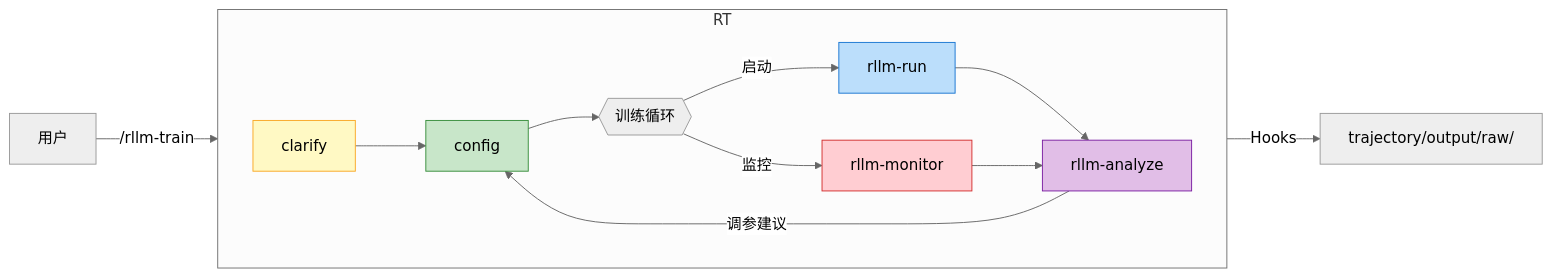
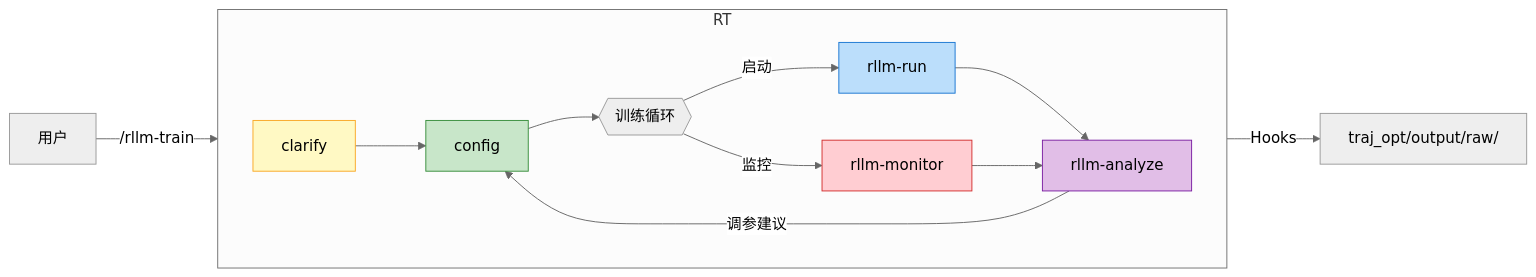
Before and after one commit to zhangqin200182/agent-evolution: the second of 3 diagrams in README.md, drawn with Mermaid (neutral theme). The commit also changed other lines of this file and 247 other files, not shown here.

First line of the commit message:
Rename rllm_trl → rllm_train, trajectory → traj_opt

````diff
--- a/README.md
+++ b/README.md
@@ -78,21 +78,21 @@
 ```mermaid
 flowchart LR
     U[用户] -->|"/rllm-train"| RT[rllm-train]
 
     subgraph RT
         direction LR
         C[clarify] --> CG[config] --> LOOP{{训练循环}}
         LOOP -->|启动| RUN[rllm-run]
         LOOP -->|监控| MON[rllm-monitor]
         RUN & MON --> ANA[rllm-analyze]
         ANA -->|调参建议| CG
     end
 
-    RT -->|Hooks| TR[trajectory/output/raw/]
+    RT -->|Hooks| TR[traj_opt/output/raw/]
 
     style C fill:#fff9c4,stroke:#f9a825
     style CG fill:#c8e6c9,stroke:#388e3c
     style RUN fill:#bbdefb,stroke:#1976d2
     style MON fill:#ffcdd2,stroke:#d32f2f
     style ANA fill:#e1bee7,stroke:#7b1fa2
 ```
````
